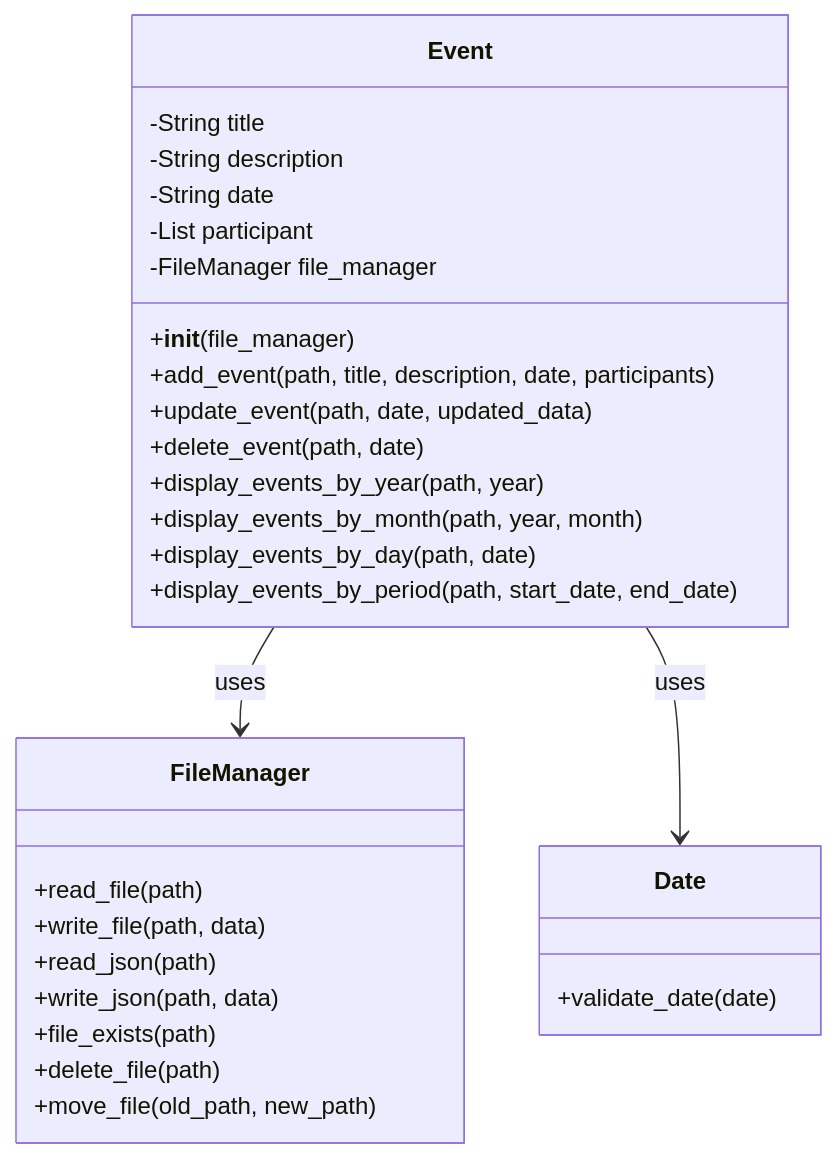
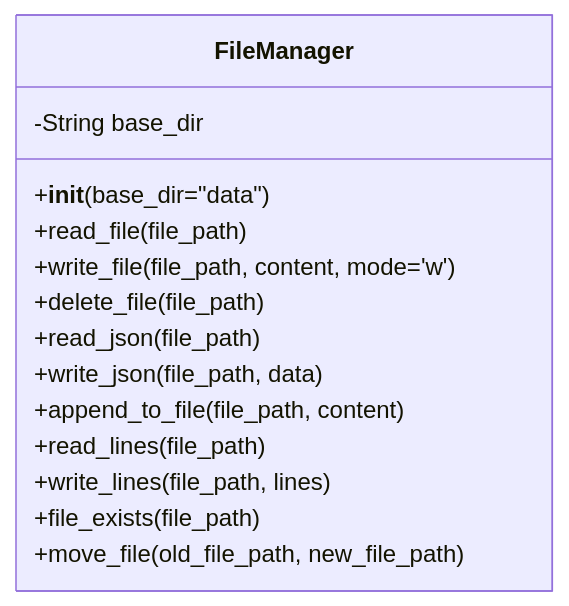
Before and after one commit to YuriyMavko/test: the diagram in README.md, drawn with Mermaid.

````diff
--- a/README.md
+++ b/README.md
@@ -1,36 +1,18 @@
 ```mermaid
 classDiagram
-    class Event {
-        -String title
-        -String description
-        -String date
-        -List participant
-        -FileManager file_manager
-        +__init__(file_manager)
-        +add_event(path, title, description, date, participants)
-        +update_event(path, date, updated_data)
-        +delete_event(path, date)
-        +display_events_by_year(path, year)
-        +display_events_by_month(path, year, month)
-        +display_events_by_day(path, date)
-        +display_events_by_period(path, start_date, end_date)
+    class FileManager {
+        -String base_dir
+        +__init__(base_dir="data")
+        +read_file(file_path)
+        +write_file(file_path, content, mode='w')
+        +delete_file(file_path)
+        +read_json(file_path)
+        +write_json(file_path, data)
+        +append_to_file(file_path, content)
+        +read_lines(file_path)
+        +write_lines(file_path, lines)
+        +file_exists(file_path)
+        +move_file(old_file_path, new_file_path)
     }
 
-    class FileManager {
-        +read_file(path)
-        +write_file(path, data)
-        +read_json(path)
-        +write_json(path, data)
-        +file_exists(path)
-        +delete_file(path)
-        +move_file(old_path, new_path)
-    }
-
-    class Date {
-        +validate_date(date)
-    }
-
-    Event --> FileManager : uses
-    Event --> Date : uses
-
 ```
````
